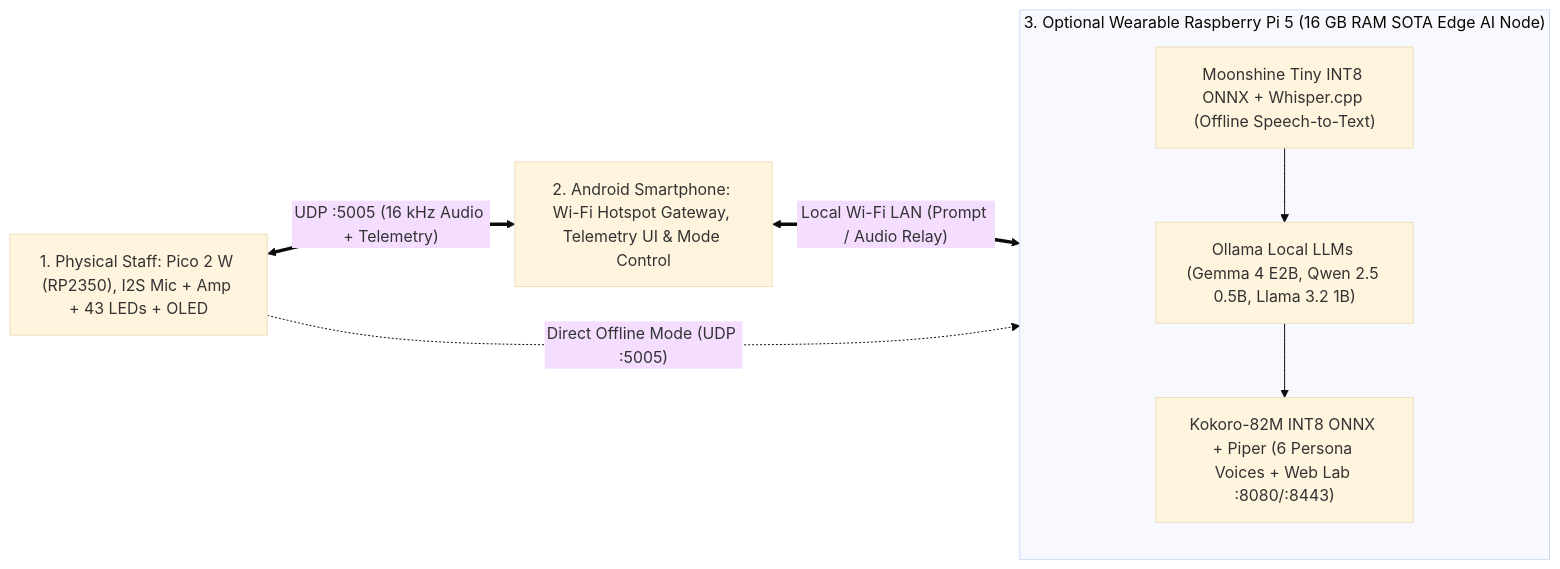
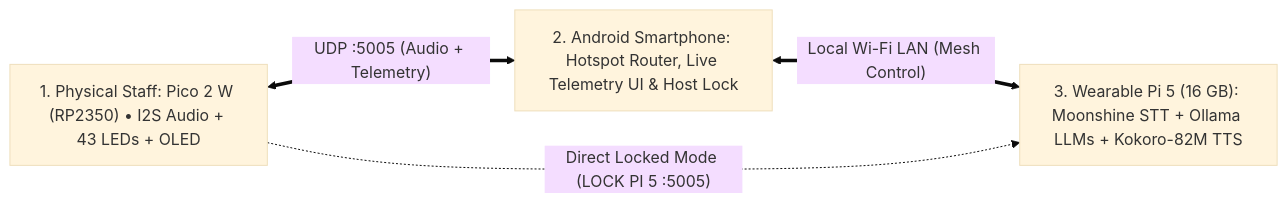
Before and after one commit to DerAndr/celestial_engine_project: the second of 3 diagrams in README.md, drawn with Mermaid (base theme). The commit also changed other lines of this file and 8 other files, not shown here.

Commit message:
docs(showcase): simplify README, add Dual-Mode GitHub Pages (Quick Demo vs Engineering Lab) & document CI/CD pipeline (v1.3.7)

````diff
--- a/README.md
+++ b/README.md
@@ -79,15 +66,10 @@
 ```mermaid
 flowchart LR
-    STAFF["1. Physical Staff: Pico 2 W (RP2350), I2S Mic + Amp + 43 LEDs + OLED"]
-    PHONE["2. Android Smartphone: Wi-Fi Hotspot Gateway, Telemetry UI & Mode Control"]
-    subgraph PI5["3. Optional Wearable Raspberry Pi 5 (16 GB RAM SOTA Edge AI Node)"]
-        WHISPER["Moonshine Tiny INT8 ONNX + Whisper.cpp (Offline Speech-to-Text)"]
-        OLLAMA["Ollama Local LLMs (Gemma 4 E2B, Qwen 2.5 0.5B, Llama 3.2 1B)"]
-        PIPER["Kokoro-82M INT8 ONNX + Piper (6 Persona Voices + Web Lab :8080/:8443)"]
-        WHISPER --> OLLAMA --> PIPER
-    end
+    STAFF["1. Physical Staff: Pico 2 W (RP2350) • I2S Audio + 43 LEDs + OLED"]
+    PHONE["2. Android Smartphone: Hotspot Router, Live Telemetry UI & Host Lock"]
+    PI5["3. Wearable Pi 5 (16 GB): Moonshine STT + Ollama LLMs + Kokoro-82M TTS"]
 
-    STAFF <== "UDP :5005 (16 kHz Audio + Telemetry)" ==> PHONE
-    PHONE <== "Local Wi-Fi LAN (Prompt / Audio Relay)" ==> PI5
-    STAFF -. "Direct Offline Mode (UDP :5005)" .-> PI5
+    STAFF <== "UDP :5005 (Audio + Telemetry)" ==> PHONE
+    PHONE <== "Local Wi-Fi LAN (Mesh Control)" ==> PI5
+    STAFF -. "Direct Locked Mode (LOCK PI 5 :5005)" .-> PI5
 ```
````
